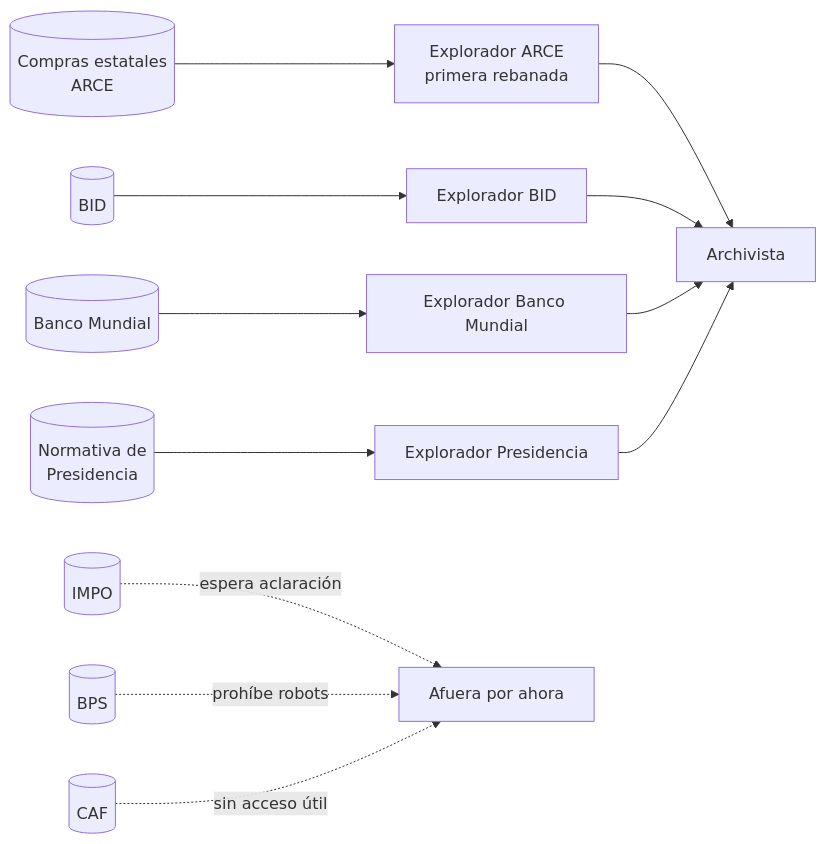
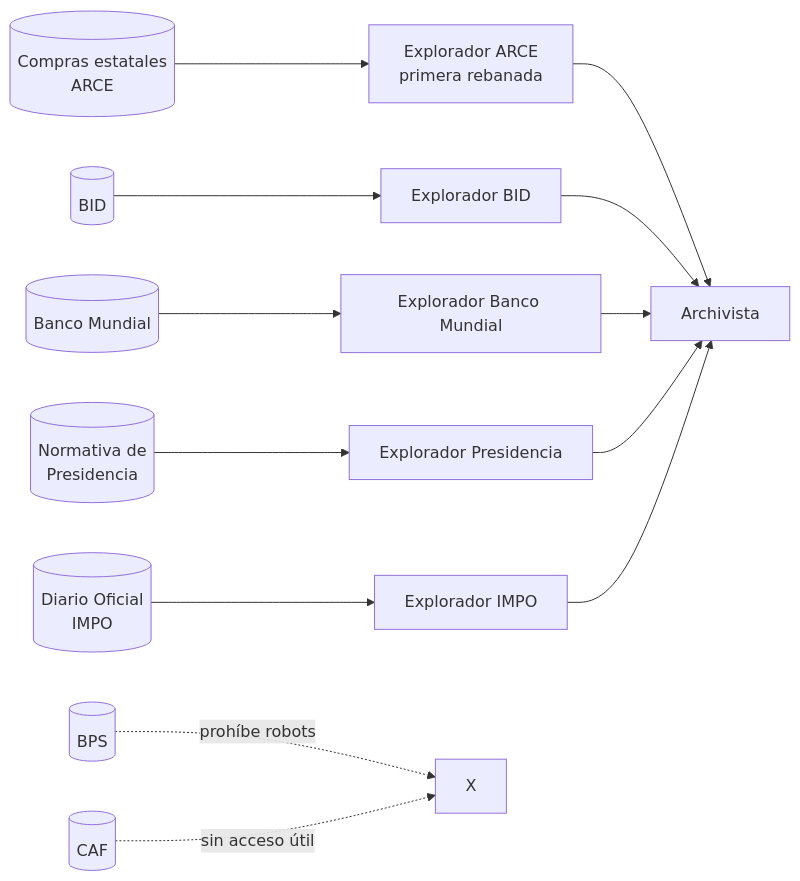
The diagram in docs/fuentes/README.md (andresdiegolanda/el-parte), drawn with Mermaid before and after one commit. The commit also changed other lines of this file and 17 other files, not shown here.

````diff
--- a/docs/fuentes/README.md
+++ b/docs/fuentes/README.md
@@ -7,11 +7,11 @@
 ```mermaid
 flowchart LR
     ARCE[(Compras estatales<br/>ARCE)] --> E1[Explorador ARCE<br/>primera rebanada]
     BID[(BID)] --> E2[Explorador BID]
     BM[(Banco Mundial)] --> E3[Explorador Banco Mundial]
     PR[(Normativa de<br/>Presidencia)] --> E4[Explorador Presidencia]
-    E1 & E2 & E3 & E4 --> AR[Archivista]
-    IMPO[(IMPO)] -. espera aclaración .-> X[Afuera por ahora]
+    IMPO[(Diario Oficial<br/>IMPO)] --> E5[Explorador IMPO]
+    E1 & E2 & E3 & E4 & E5 --> AR[Archivista]
     BPS[(BPS)] -. prohíbe robots .-> X
     CAF[(CAF)] -. sin acceso útil .-> X
 ```
````
